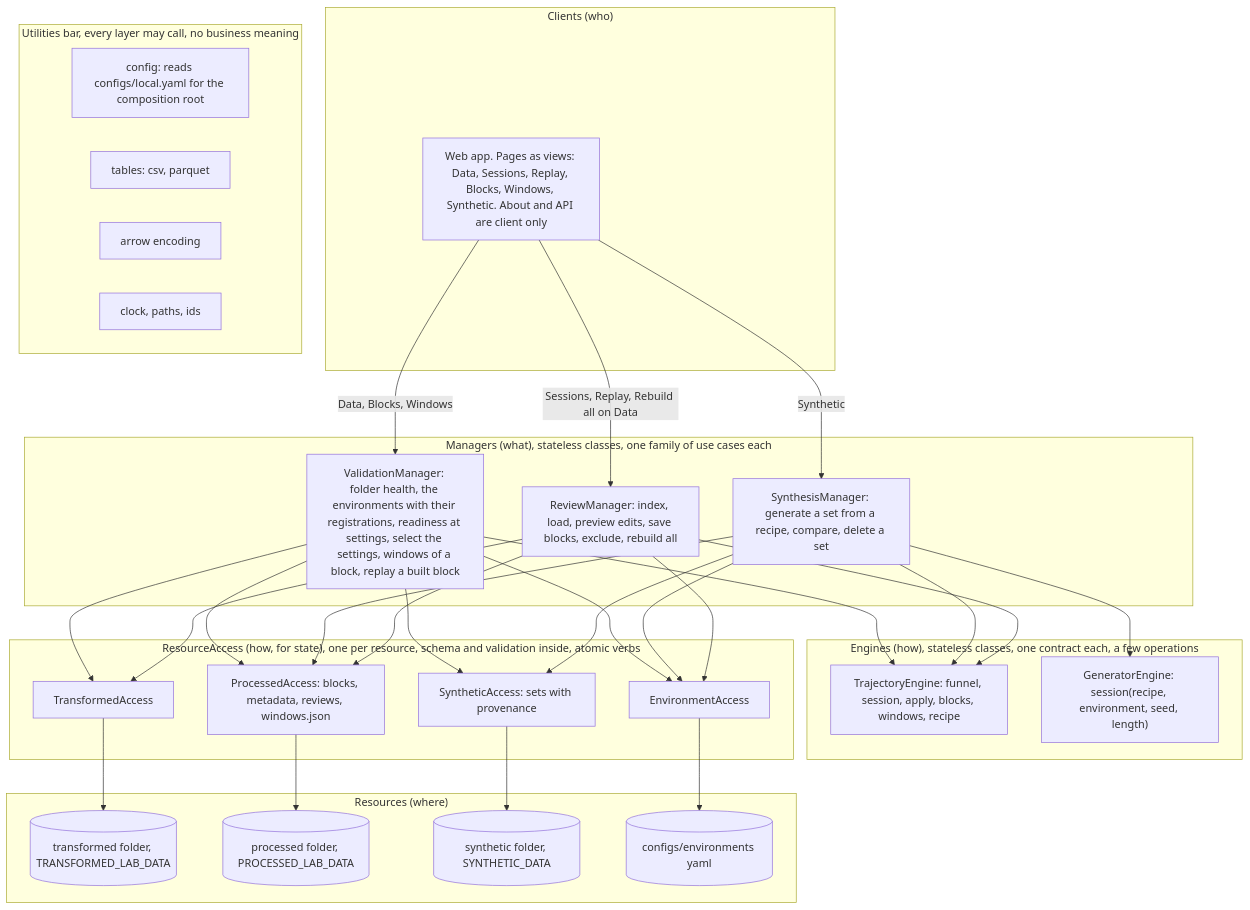
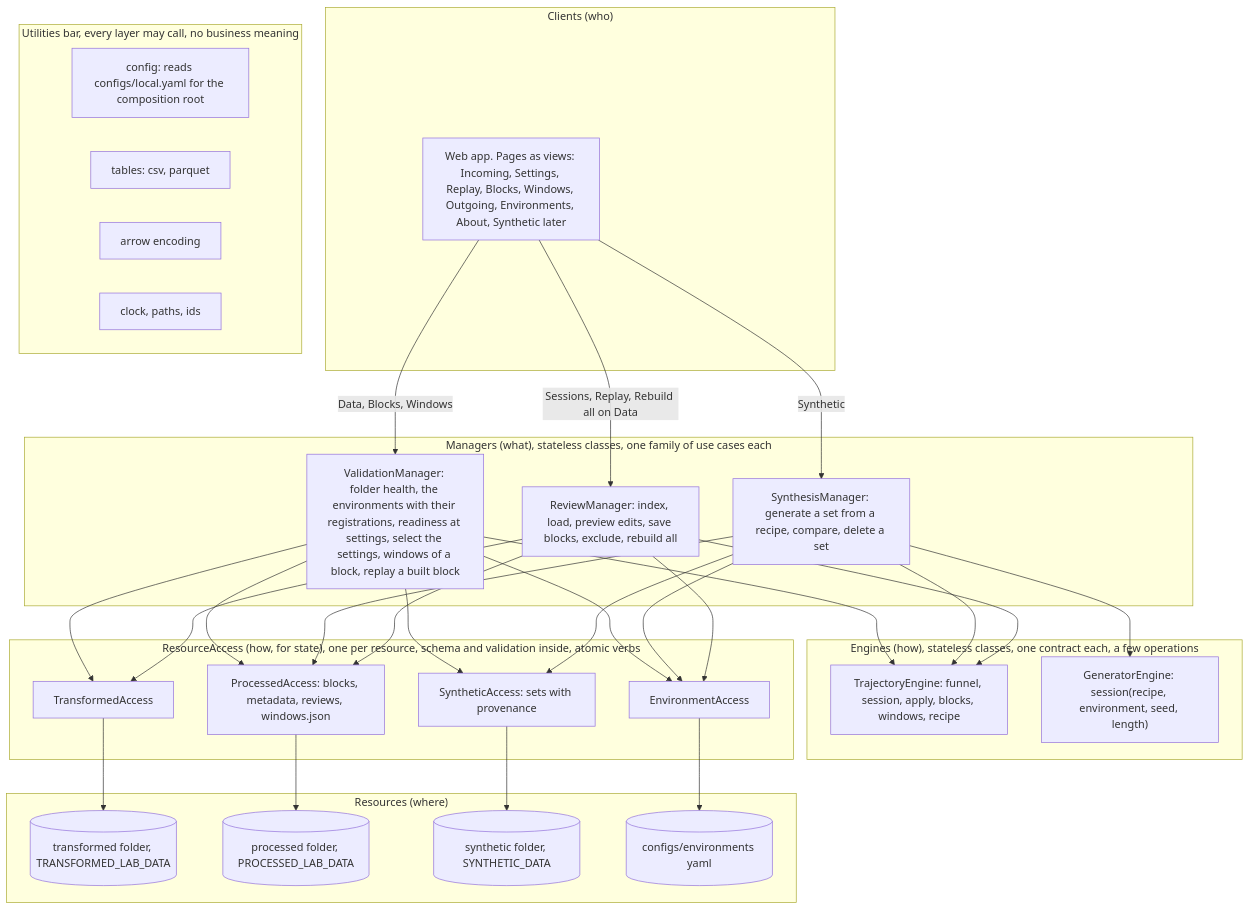
Before and after one commit to kshannon/axis-of-travel-rnn: the first of 5 diagrams in ratreplay/docs/architecture.md, drawn with Mermaid. The commit also changed other lines of this file and 10 other files, not shown here.

````diff
--- a/ratreplay/docs/architecture.md
+++ b/ratreplay/docs/architecture.md
@@ -82,57 +82,57 @@
 ```mermaid
 flowchart TB
     subgraph Clients["Clients (who)"]
-        UI["Web app. Pages as views: Data, Sessions, Replay, Blocks, Windows, Synthetic. About and API are client only"]
+        UI["Web app. Pages as views: Incoming, Settings, Replay, Blocks, Windows, Outgoing, Environments, About, Synthetic later"]
     end
     subgraph Managers["Managers (what), stateless classes, one family of use cases each"]
         RM["ReviewManager: index, load, preview edits, save blocks, exclude, rebuild all"]
         SM["SynthesisManager: generate a set from a recipe, compare, delete a set"]
         VM["ValidationManager: folder health, the environments with their registrations, readiness at settings, select the settings, windows of a block, replay a built block"]
     end
     subgraph Engines["Engines (how), stateless classes, one contract each, a few operations"]
         TE["TrajectoryEngine: funnel, session, apply, blocks, windows, recipe"]
         GE["GeneratorEngine: session(recipe, environment, seed, length)"]
     end
     subgraph RA["ResourceAccess (how, for state), one per resource, schema and validation inside, atomic verbs"]
         TA["TransformedAccess"]
         PA["ProcessedAccess: blocks, metadata, reviews, windows.json"]
         SA["SyntheticAccess: sets with provenance"]
         EA["EnvironmentAccess"]
     end
     subgraph Resources["Resources (where)"]
         RT[("transformed folder, TRANSFORMED_LAB_DATA")]
         RP[("processed folder, PROCESSED_LAB_DATA")]
         RS[("synthetic folder, SYNTHETIC_DATA")]
         RE[("configs/environments yaml")]
     end
     subgraph Utilities["Utilities bar, every layer may call, no business meaning"]
         UC["config: reads configs/local.yaml for the composition root"]
         UT["tables: csv, parquet"]
         UA["arrow encoding"]
         UK["clock, paths, ids"]
     end
 
     UI -->|Sessions, Replay, Rebuild all on Data| RM
     UI -->|Synthetic| SM
     UI -->|Data, Blocks, Windows| VM
 
     RM --> TE
     RM --> TA
     RM --> PA
     RM --> EA
     SM --> TE
     SM --> GE
     SM --> PA
     SM --> SA
     SM --> EA
     VM --> TE
     VM --> TA
     VM --> PA
     VM --> SA
     VM --> EA
 
     TA --> RT
     PA --> RP
     SA --> RS
     EA --> RE
 ```
````
